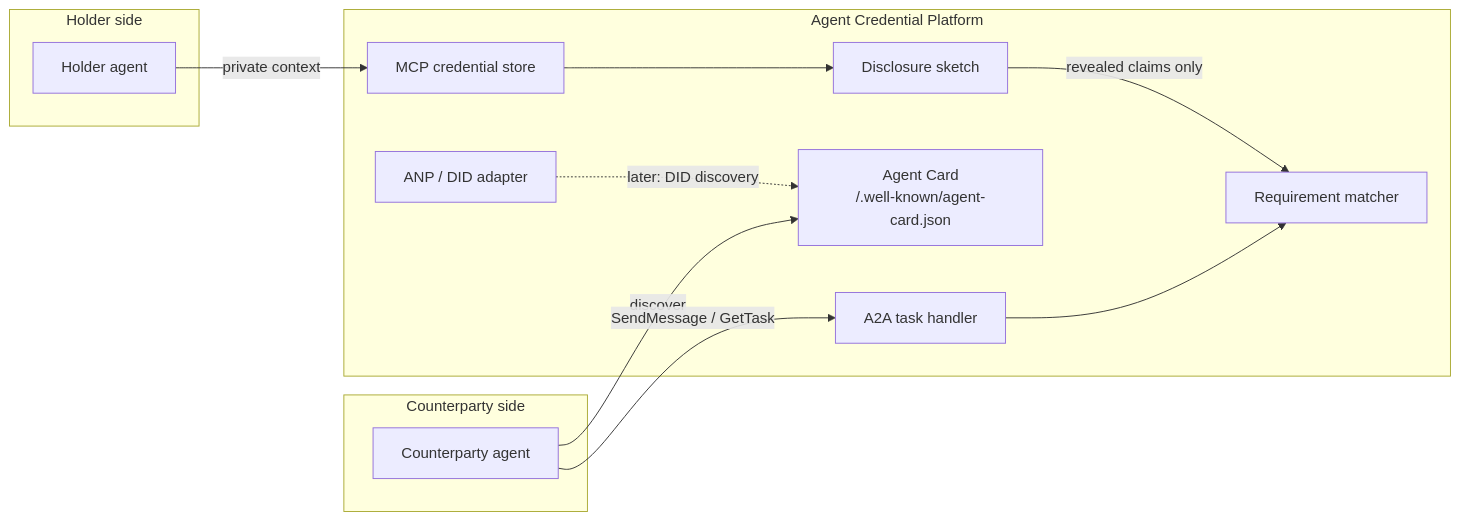
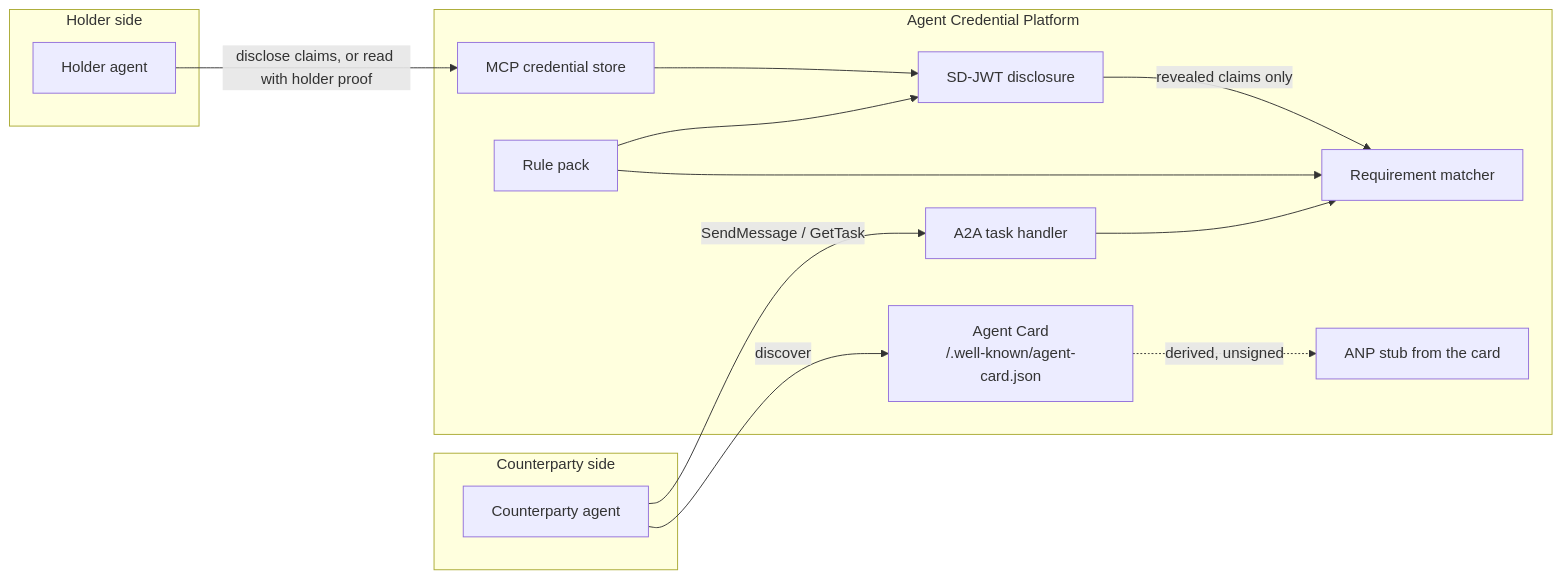
One commit to willcode07/agent-credential-platform changed the diagram in docs/architecture.md. Above: the diagram before and after it, drawn with Mermaid. The commit also changed other lines of this file and 27 other files, not shown here.

First line of the commit message:
Apply the five architecture decisions from Nov 2, 2026.

````diff
--- a/docs/architecture.md
+++ b/docs/architecture.md
@@ -8,24 +8,27 @@
 ```mermaid
 flowchart LR
   subgraph holderSide [Holder side]
     HolderAgent[Holder agent]
   end
   subgraph counterpartySide [Counterparty side]
     Counterparty[Counterparty agent]
   end
   subgraph acp [Agent Credential Platform]
     Card["Agent Card<br/>/.well-known/agent-card.json"]
     Tasks[A2A task handler]
     Store[MCP credential store]
-    Proof[Disclosure sketch]
+    Proof[SD-JWT disclosure]
     Match[Requirement matcher]
-    ANP[ANP / DID adapter]
+    Pack[Rule pack]
+    ANP[ANP stub from the card]
   end
-  HolderAgent -->|private context| Store
+  HolderAgent -->|disclose claims, or read with holder proof| Store
   Store --> Proof
   Proof -->|revealed claims only| Match
+  Pack --> Match
+  Pack --> Proof
   Counterparty -->|discover| Card
   Counterparty -->|SendMessage / GetTask| Tasks
   Tasks --> Match
-  ANP -.->|later: DID discovery| Card
+  Card -.->|derived, unsigned| ANP
 ```
````
